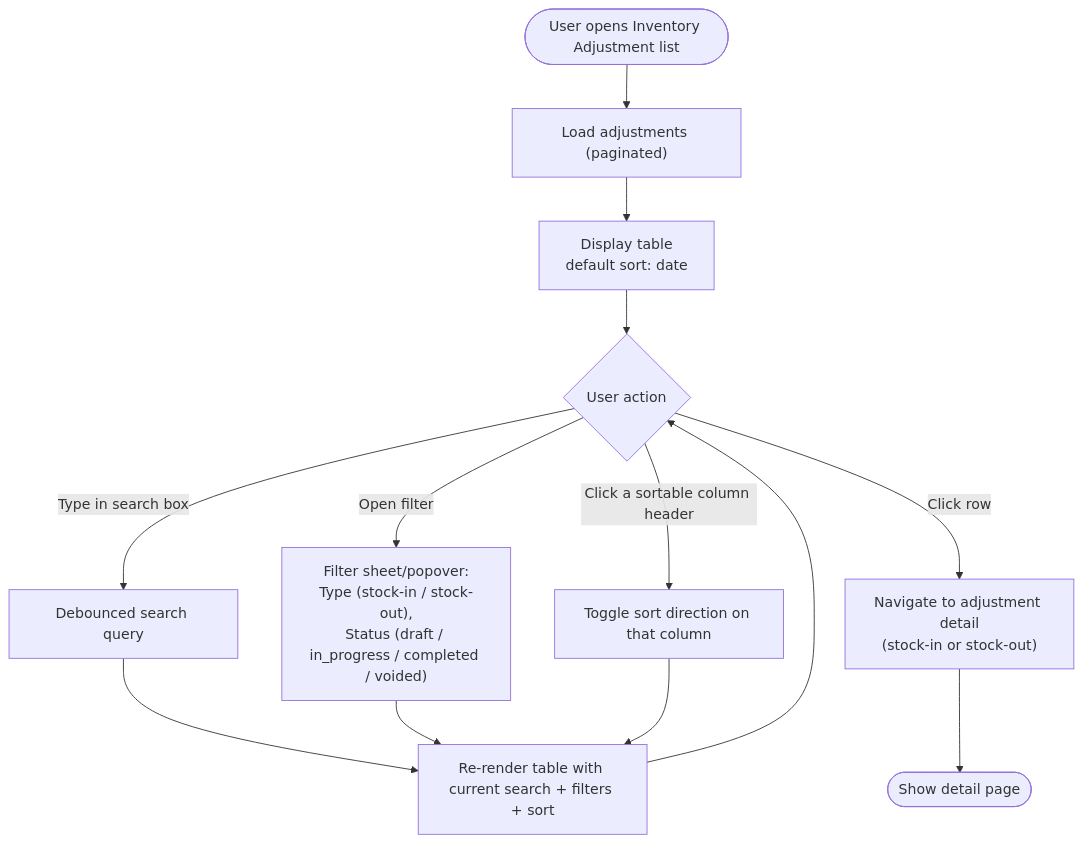
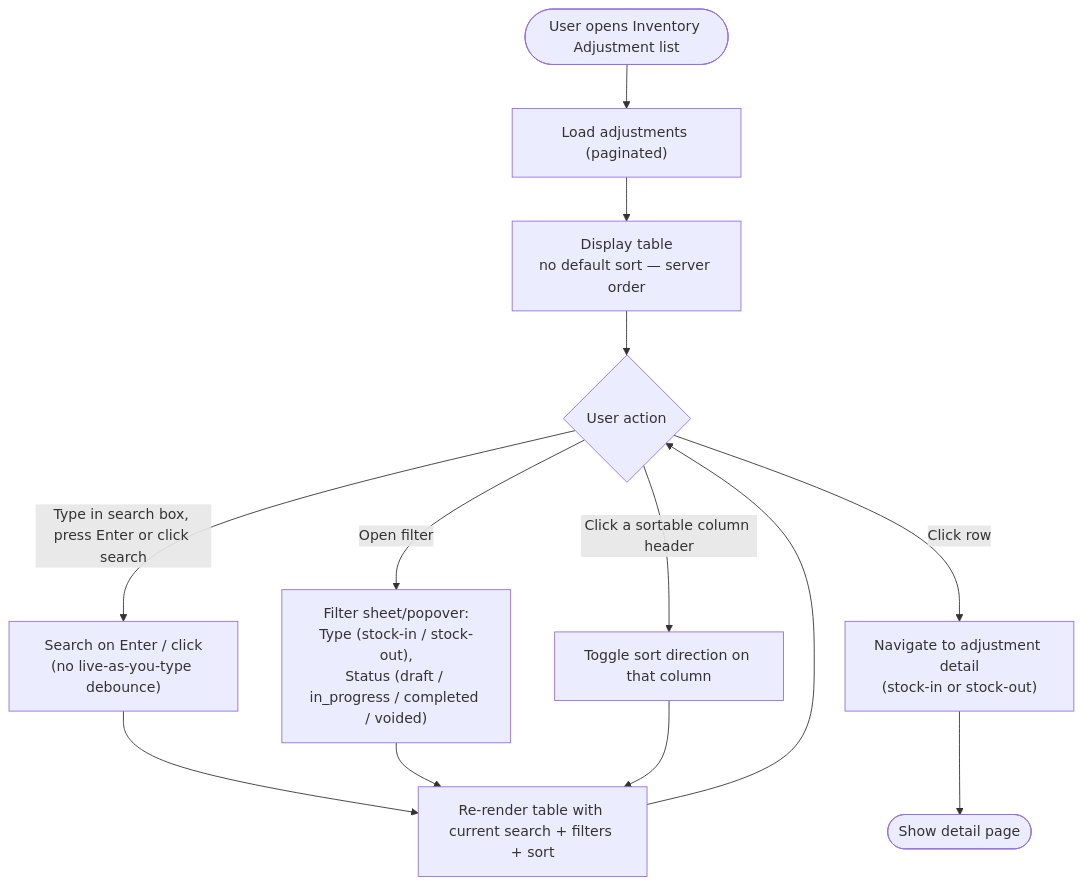
One commit to CarmenSoftware-organization/carmen-wiki changed the second of 2 diagrams in en/inventory/inventory-adjustment/03-user-flow.md. Above: the diagram before and after it, drawn with Mermaid. The commit also changed other lines of this file and 3 other files, not shown here.

Commit message:
fix(inventory-adjustment,store-requisition): drop unsupported debounce/default-sort/location-filter nodes (review round 1)

````diff
--- a/en/inventory/inventory-adjustment/03-user-flow.md
+++ b/en/inventory/inventory-adjustment/03-user-flow.md
@@ -64,15 +64,15 @@
 ```mermaid
 flowchart TD
     Start(["User opens Inventory Adjustment list"]) --> Load["Load adjustments (paginated)"]
-    Load --> Table["Display table<br/>default sort: date"]
+    Load --> Table["Display table<br/>no default sort — server order"]
     Table --> Action{"User action"}
-    Action -->|"Type in search box"| Search["Debounced search query"]
+    Action -->|"Type in search box, press Enter or click search"| Search["Search on Enter / click<br/>(no live-as-you-type debounce)"]
     Action -->|"Open filter"| FilterMenu["Filter sheet/popover:<br/>Type (stock-in / stock-out),<br/>Status (draft / in_progress / completed / voided)"]
     Action -->|"Click a sortable column header"| Sort["Toggle sort direction on that column"]
     Action -->|"Click row"| Detail["Navigate to adjustment detail<br/>(stock-in or stock-out)"]
     Search --> Update["Re-render table with current search + filters + sort"]
     FilterMenu --> Update
     Sort --> Update
     Update --> Action
     Detail --> End(["Show detail page"])
 ```
````
